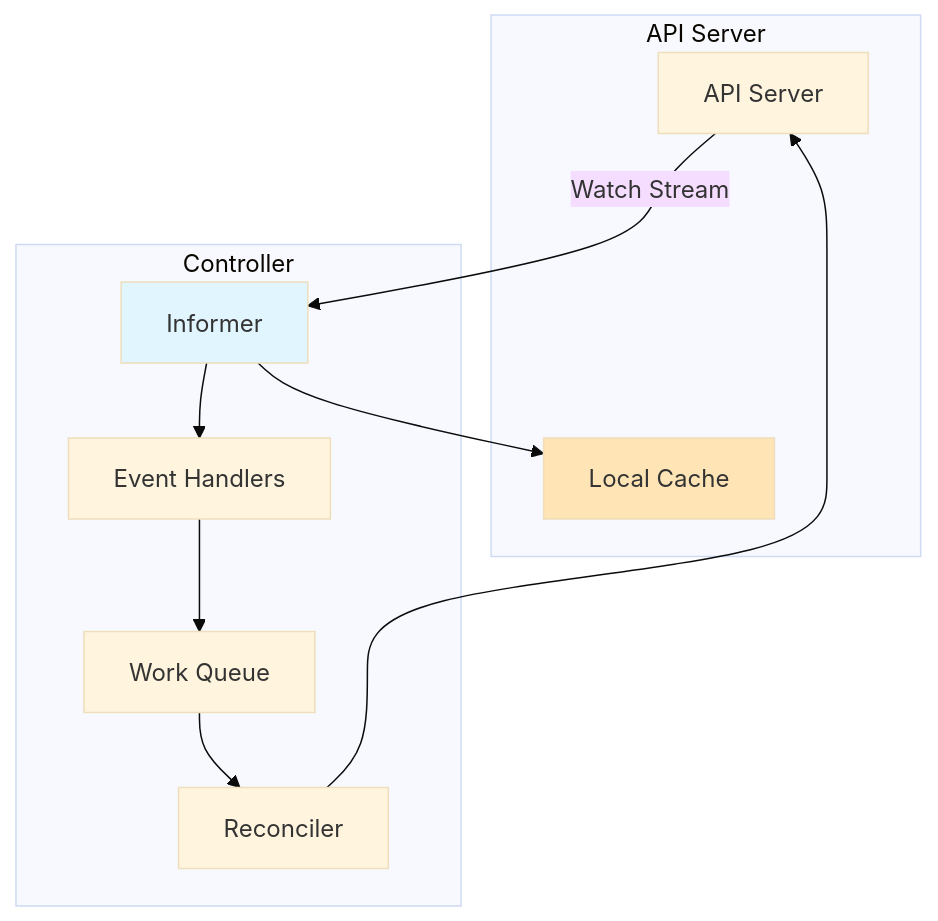
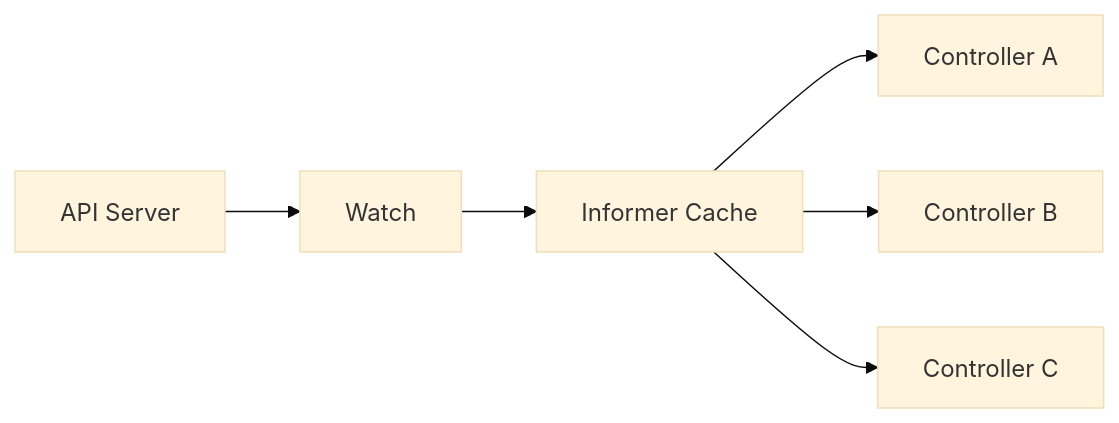
Before and after one commit to fallewi/advanced-kubernetes-trainings: the fourth of 10 diagrams in k8s-operators-pratique/module-01/lessons/03-controller-pattern.md, drawn with Mermaid (base theme). The commit also changed other lines of this file, not shown here.

````diff
--- a/k8s-operators-pratique/module-01/lessons/03-controller-pattern.md
+++ b/k8s-operators-pratique/module-01/lessons/03-controller-pattern.md
@@ -141,24 +914,22 @@
 ```mermaid
-graph TB
-    subgraph "API Server"
-        API[API Server]
-        CACHE[Local Cache]
-    end
-    
-    subgraph "Controller"
-        INF[Informer]
-        HANDLER[Event Handlers]
-        WORKQUEUE[Work Queue]
-        RECONCILE[Reconciler]
-    end
-    
-    API -->|Watch Stream| INF
-    INF --> CACHE
-    INF --> HANDLER
-    HANDLER --> WORKQUEUE
-    WORKQUEUE --> RECONCILE
-    RECONCILE --> API
-    
-    style INF fill:#e1f5ff
-    style CACHE fill:#FFE4B5
+graph LR
+
+API[API Server]
+
+WATCH[Watch]
+
+CACHE[Informer Cache]
+
+CTRL1[Controller A]
+
+CTRL2[Controller B]
+
+CTRL3[Controller C]
+
+API --> WATCH
+WATCH --> CACHE
+
+CACHE --> CTRL1
+CACHE --> CTRL2
+CACHE --> CTRL3
 ```
````
